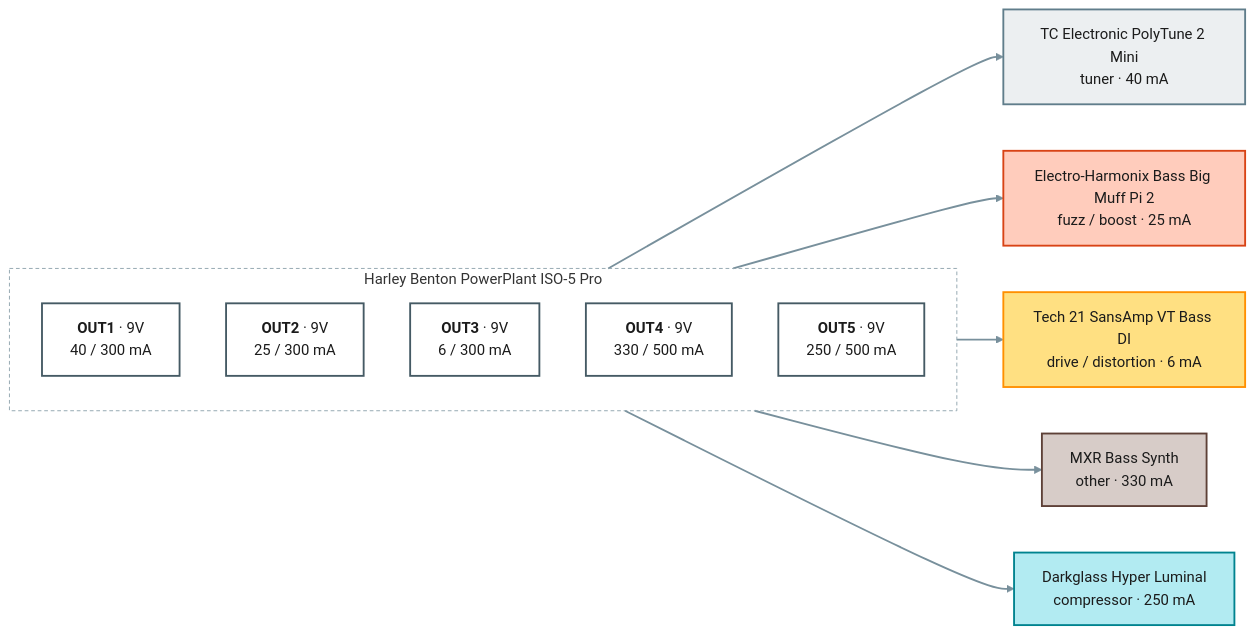
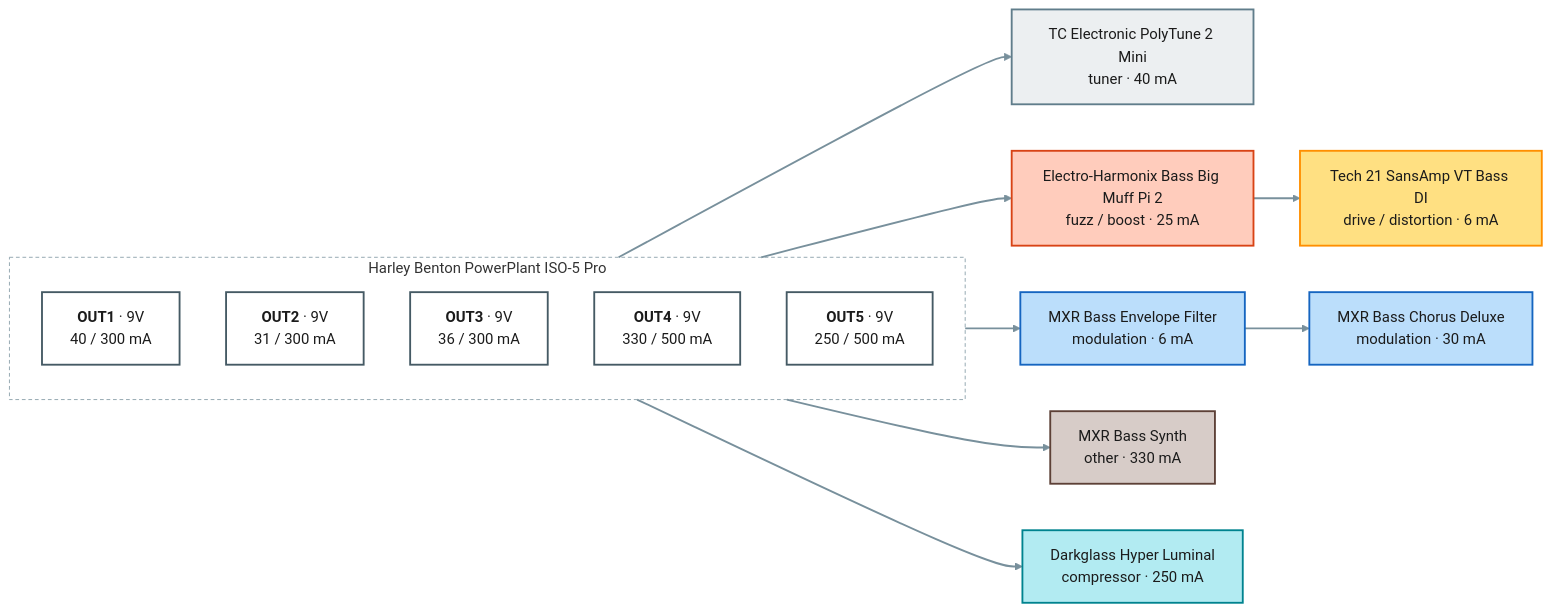
One commit to pedroacvieira/pedalboard changed the second of 2 diagrams in projects/bass/README.md. Above: the diagram before and after it, drawn with Mermaid (neutral theme). The commit also changed other lines of this file and 22 other files, not shown here.

Commit message:
Layouts of all three boards; bass on the XPND 1 + extension with the MXR Bass Envelope Filter and Bass Chorus Deluxe; practice with the Tube Screamer Mini; owner's jacks and footswitches

````diff
--- a/projects/bass/README.md
+++ b/projects/bass/README.md
@@ -64,31 +82,36 @@
 ```mermaid
 flowchart LR
     subgraph psu1["Harley Benton PowerPlant ISO-5 Pro"]
         direction TB
         psu1_OUT1["<b>OUT1</b> · 9V<br/>40 / 300 mA"]:::out9
-        psu1_OUT2["<b>OUT2</b> · 9V<br/>25 / 300 mA"]:::out9
-        psu1_OUT3["<b>OUT3</b> · 9V<br/>6 / 300 mA"]:::out9
+        psu1_OUT2["<b>OUT2</b> · 9V<br/>31 / 300 mA"]:::out9
+        psu1_OUT3["<b>OUT3</b> · 9V<br/>36 / 300 mA"]:::out9
         psu1_OUT4["<b>OUT4</b> · 9V<br/>330 / 500 mA"]:::out9
         psu1_OUT5["<b>OUT5</b> · 9V<br/>250 / 500 mA"]:::out9
     end
     polytune_2_mini["TC Electronic PolyTune 2 Mini<br/>tuner · 40 mA"]:::c_tuner
     ehx_bass_big_muff_2["Electro-Harmonix Bass Big Muff Pi 2<br/>fuzz / boost · 25 mA"]:::c_fuzz___boost
     tech21_vt_bass_di["Tech 21 SansAmp VT Bass DI<br/>drive / distortion · 6 mA"]:::c_drive___distortion
+    mxr_bass_envelope_filter["MXR Bass Envelope Filter<br/>modulation · 6 mA"]:::c_modulation
+    mxr_bass_chorus_deluxe["MXR Bass Chorus Deluxe<br/>modulation · 30 mA"]:::c_modulation
     mxr_bass_synth["MXR Bass Synth<br/>other · 330 mA"]:::c_other
     darkglass_hyper_luminal["Darkglass Hyper Luminal<br/>compressor · 250 mA"]:::c_compressor
     psu1_OUT1 --> polytune_2_mini
     psu1_OUT2 --> ehx_bass_big_muff_2
-    psu1_OUT3 --> tech21_vt_bass_di
+    ehx_bass_big_muff_2 --> tech21_vt_bass_di
+    psu1_OUT3 --> mxr_bass_envelope_filter
+    mxr_bass_envelope_filter --> mxr_bass_chorus_deluxe
     psu1_OUT4 --> mxr_bass_synth
     psu1_OUT5 --> darkglass_hyper_luminal
     classDef out9 fill:#ffffff,stroke:#455a64,stroke-width:2px,color:#1b1b1b
     classDef out18 fill:#ffffff,stroke:#d84315,stroke-width:3px,color:#1b1b1b
     classDef spare fill:#fafafa,stroke:#9e9e9e,stroke-dasharray:4 3,color:#757575
     classDef c_tuner fill:#eceff1,stroke:#607d8b,stroke-width:2px,color:#1b1b1b
     classDef c_compressor fill:#b2ebf2,stroke:#00838f,stroke-width:2px,color:#1b1b1b
     classDef c_fuzz___boost fill:#ffccbc,stroke:#d84315,stroke-width:2px,color:#1b1b1b
     classDef c_drive___distortion fill:#ffe082,stroke:#ff8f00,stroke-width:2px,color:#1b1b1b
+    classDef c_modulation fill:#bbdefb,stroke:#1565c0,stroke-width:2px,color:#1b1b1b
     classDef c_other fill:#d7ccc8,stroke:#5d4037,stroke-width:2px,color:#1b1b1b
     style psu1 fill:none,stroke:#90a4ae,stroke-dasharray:4 3
     linkStyle default stroke:#78909c,stroke-width:2px
 ```
````
